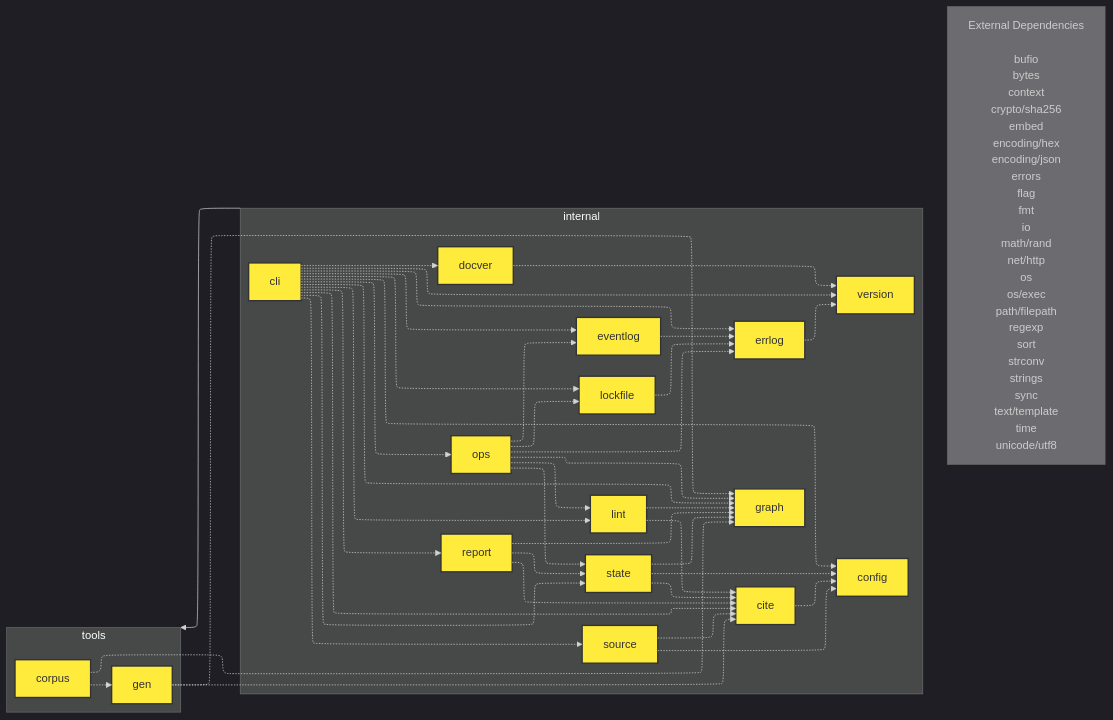
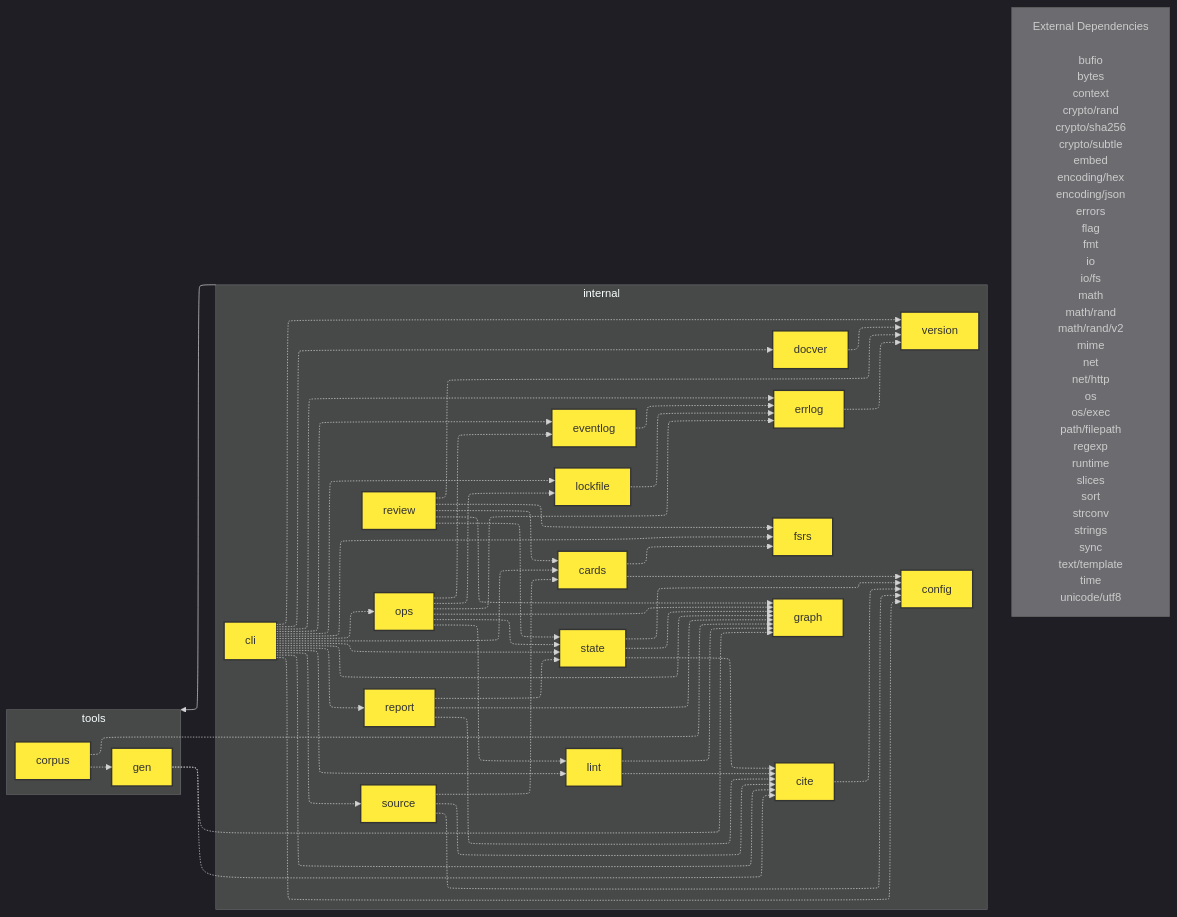
Before and after one commit to Reithan/teach-me: the diagram in internal/CODE_DIAGRAM.md, drawn with Mermaid. The commit also changed 1 other file, not shown here.

Commit message:
regenerate code diagrams with the cards, fsrs, and review packages (#138)

````diff
--- a/internal/CODE_DIAGRAM.md
+++ b/internal/CODE_DIAGRAM.md
@@ -23,17 +23,20 @@
 
     %% Directory structure and files
     subgraph __3a52ce78["internal"]
+        cards_c8d3756e["cards"]:::has_deps
         cite_f7064cd7["cite"]:::has_deps
         cli_2bd8e9c9["cli"]:::has_deps
         config_dfba7aad["config"]:::has_deps
         docver_6eba3a90["docver"]:::has_deps
         errlog_a6fd2db4["errlog"]:::has_deps
         eventlog_f5caa859["eventlog"]:::has_deps
+        fsrs_77a50ad4["fsrs"]:::has_deps
         graph_29a184b6["graph"]:::has_deps
         lint_b504838c["lint"]:::has_deps
         lockfile_649ab61f["lockfile"]:::has_deps
         ops_c62973cc["ops"]:::has_deps
         report_a27297bd["report"]:::has_deps
+        review_61e62b21["review"]:::has_deps
         source_828d338a["source"]:::has_deps
         state_aa4a5f81["state"]:::has_deps
         version_c692273d["version"]:::has_deps
@@ -44,12 +47,16 @@
     end
 
     %% Import dependencies
+    cards_c8d3756e -.-> config_dfba7aad
+    cards_c8d3756e -.-> fsrs_77a50ad4
     cite_f7064cd7 -.-> config_dfba7aad
+    cli_2bd8e9c9 -.-> cards_c8d3756e
     cli_2bd8e9c9 -.-> cite_f7064cd7
     cli_2bd8e9c9 -.-> config_dfba7aad
     cli_2bd8e9c9 -.-> docver_6eba3a90
     cli_2bd8e9c9 -.-> errlog_a6fd2db4
     cli_2bd8e9c9 -.-> eventlog_f5caa859
+    cli_2bd8e9c9 -.-> fsrs_77a50ad4
     cli_2bd8e9c9 -.-> graph_29a184b6
     cli_2bd8e9c9 -.-> lint_b504838c
     cli_2bd8e9c9 -.-> lockfile_649ab61f
@@ -73,6 +80,12 @@
     report_a27297bd -.-> cite_f7064cd7
     report_a27297bd -.-> graph_29a184b6
     report_a27297bd -.-> state_aa4a5f81
+    review_61e62b21 -.-> cards_c8d3756e
+    review_61e62b21 -.-> fsrs_77a50ad4
+    review_61e62b21 -.-> graph_29a184b6
+    review_61e62b21 -.-> state_aa4a5f81
+    review_61e62b21 -.-> version_c692273d
+    source_828d338a -.-> cards_c8d3756e
     source_828d338a -.-> cite_f7064cd7
     source_828d338a -.-> config_dfba7aad
     state_aa4a5f81 -.-> cite_f7064cd7
@@ -84,6 +97,6 @@
     tools_gen_568ea8cb -.-> graph_29a184b6
 
     %% External dependencies
-    external["External Dependencies<br/><br/>bufio<br/>bytes<br/>context<br/>crypto/sha256<br/>embed<br/>encoding/hex<br/>encoding/json<br/>errors<br/>flag<br/>fmt<br/>io<br/>math/rand<br/>net/http<br/>os<br/>os/exec<br/>path/filepath<br/>regexp<br/>sort<br/>strconv<br/>strings<br/>sync<br/>text/template<br/>time<br/>unicode/utf8"]:::external
+    external["External Dependencies<br/><br/>bufio<br/>bytes<br/>context<br/>crypto/rand<br/>crypto/sha256<br/>crypto/subtle<br/>embed<br/>encoding/hex<br/>encoding/json<br/>errors<br/>flag<br/>fmt<br/>io<br/>io/fs<br/>math<br/>math/rand<br/>math/rand/v2<br/>mime<br/>net<br/>net/http<br/>os<br/>os/exec<br/>path/filepath<br/>regexp<br/>runtime<br/>slices<br/>sort<br/>strconv<br/>strings<br/>sync<br/>text/template<br/>time<br/>unicode/utf8"]:::external
     __3a52ce78 ~~~ external
 ```
````
